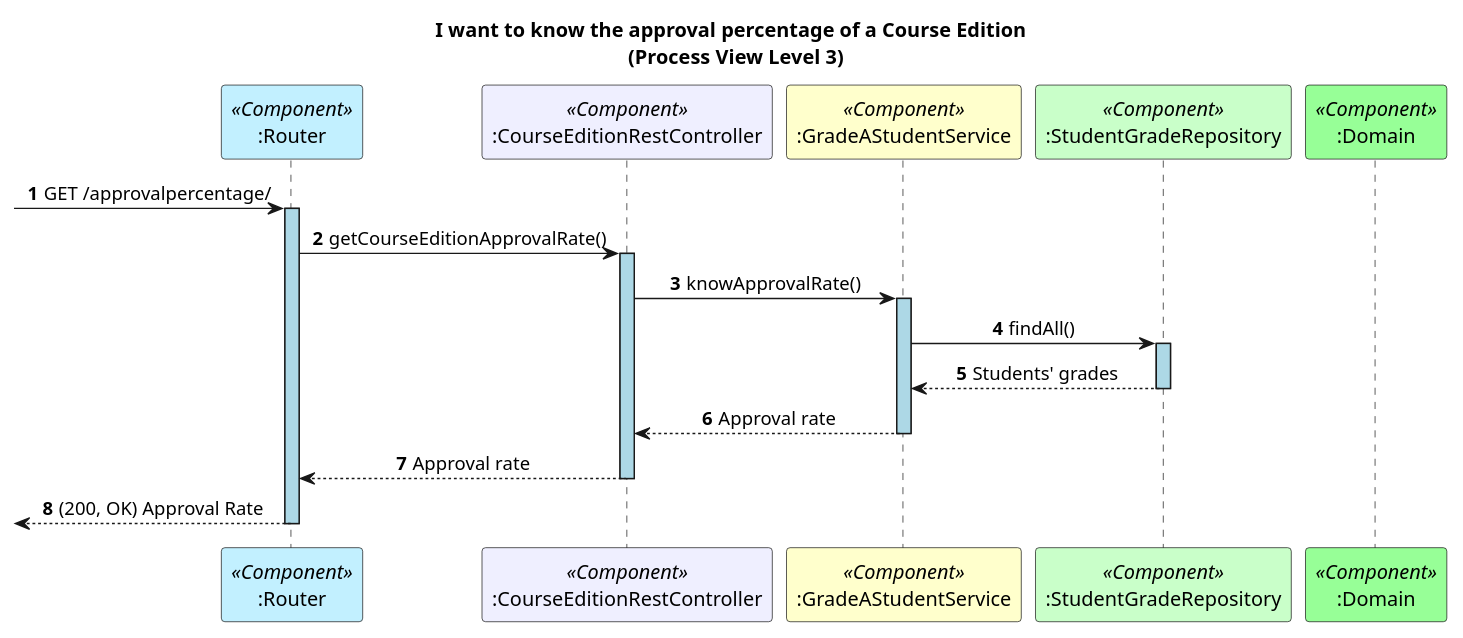
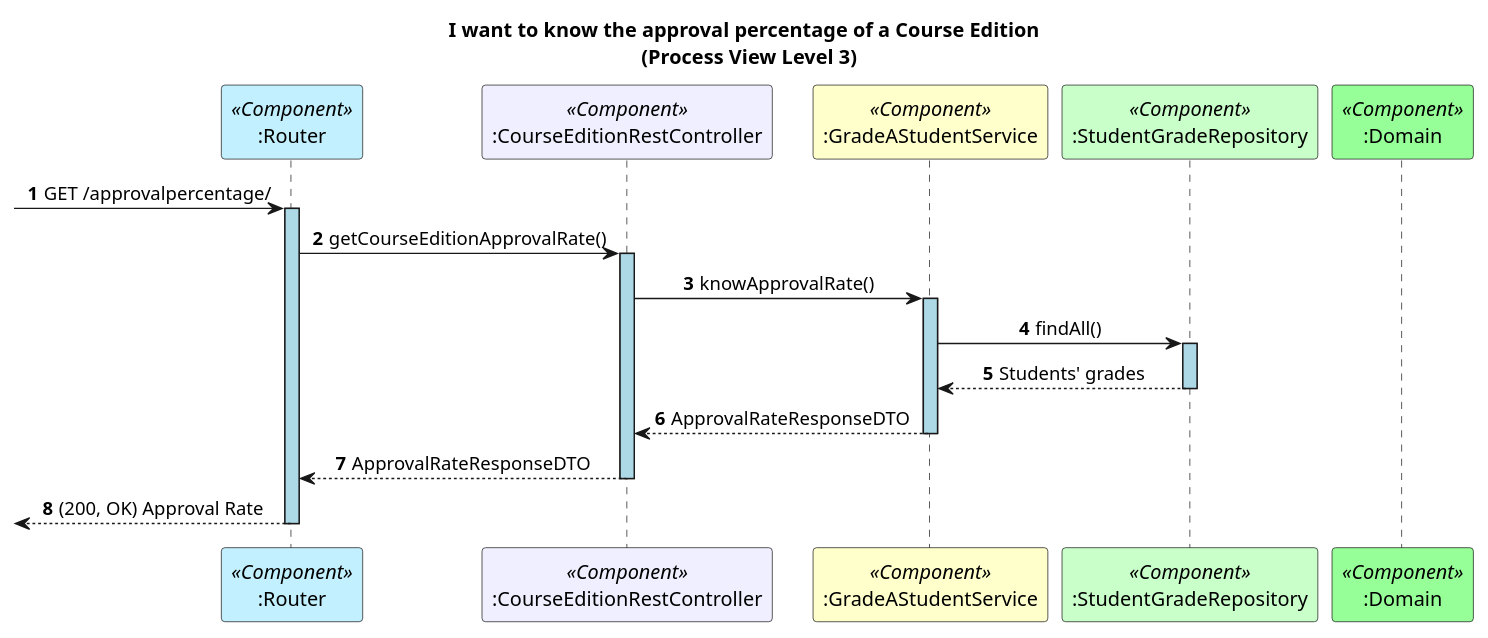
Before and after one commit to GasparISEP/DevOps-PAI: the diagram in docs/US23/REST_API/ProcessView/Level3knowApprovalRate.puml, drawn with PlantUML.

Commit message:
Update Scenatio View's Level 3 Diagram. Refs #725

```diff
--- a/docs/US23/REST_API/ProcessView/Level3knowApprovalRate.puml
+++ b/docs/US23/REST_API/ProcessView/Level3knowApprovalRate.puml
@@ -1,39 +1,39 @@
 @startuml
 
 autonumber
 skinparam sequenceMessageAlign center
 skinparam sequenceLifeLineBackgroundColor lightblue
 title I want to know the approval percentage of a Course Edition \n (Process View Level 3)
 skinparam sequencemessagealign center
 
 participant ":Router" as Router <<Component>> #application
 participant ":CourseEditionRestController" as Controller <<Component>> #motivation
 participant ":GradeAStudentService" as Service <<Component>> #business
 participant ":StudentGradeRepository" as Repository <<Component>> #technology
 participant ":Domain" as Domain <<Component>> #physical
 
 
 
 -> Router : GET /approvalpercentage/
 activate Router
 Router -> Controller : getCourseEditionApprovalRate()
 
 activate Controller
 Controller -> Service : knowApprovalRate()
 
 activate Service
 Service -> Repository : findAll()
 activate Repository
 Repository --> Service : Students' grades
 deactivate Repository
 
-Service --> Controller : Approval rate
+Service --> Controller : ApprovalRateResponseDTO
 deactivate Service
 
-Controller --> Router : Approval rate
+Controller --> Router : ApprovalRateResponseDTO
 deactivate Controller
 
 <-- Router : (200, OK) Approval Rate
 deactivate Router
 
 @enduml
```
